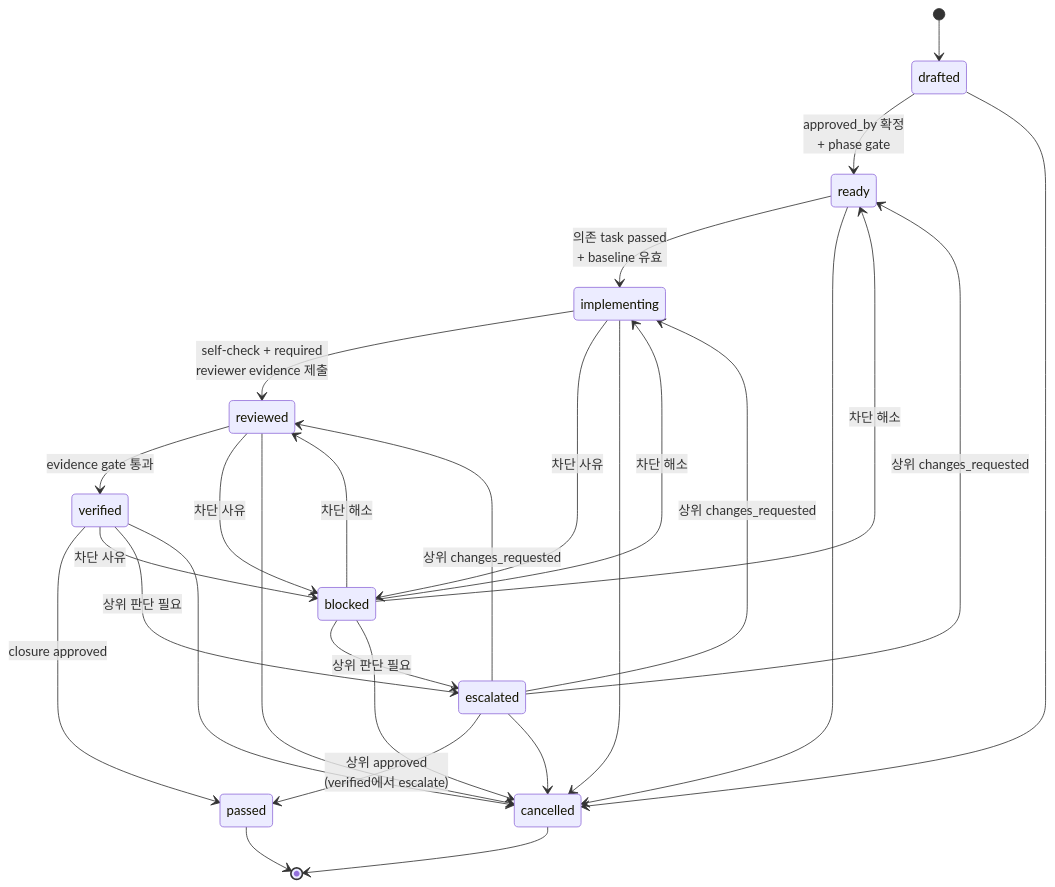
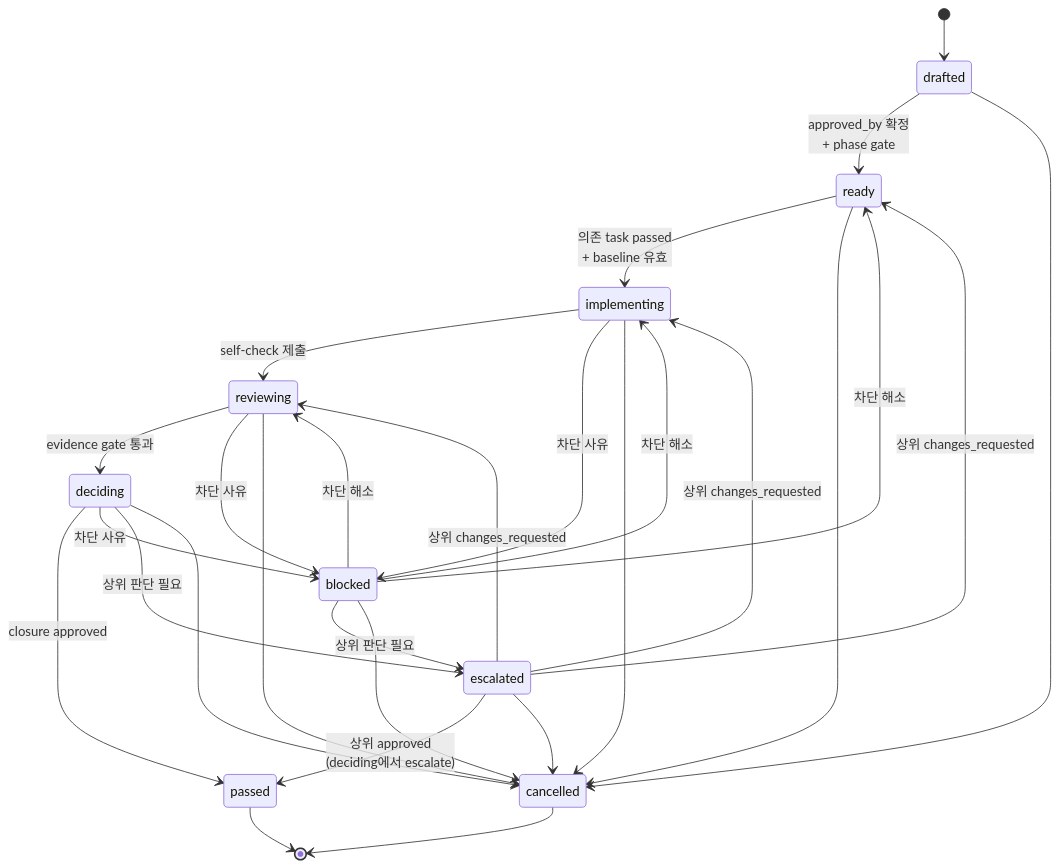
The third of 6 diagrams in docs/ko/DIAGRAMS.md (choam2426/geas), drawn with Mermaid before and after one commit. The commit also changed other lines of this file and 44 other files, not shown here.

````diff
--- a/docs/ko/DIAGRAMS.md
+++ b/docs/ko/DIAGRAMS.md
@@ -92,34 +92,34 @@
 ```mermaid
 stateDiagram-v2
     [*] --> drafted
     drafted --> ready: approved_by 확정<br/>+ phase gate
     ready --> implementing: 의존 task passed<br/>+ baseline 유효
-    implementing --> reviewed: self-check + required<br/>reviewer evidence 제출
-    reviewed --> verified: evidence gate 통과
-    verified --> passed: closure approved
+    implementing --> reviewing: self-check 제출
+    reviewing --> deciding: evidence gate 통과
+    deciding --> passed: closure approved
 
     implementing --> blocked: 차단 사유
-    reviewed --> blocked: 차단 사유
-    verified --> blocked: 차단 사유
+    reviewing --> blocked: 차단 사유
+    deciding --> blocked: 차단 사유
     blocked --> ready: 차단 해소
     blocked --> implementing: 차단 해소
-    blocked --> reviewed: 차단 해소
+    blocked --> reviewing: 차단 해소
 
     blocked --> escalated: 상위 판단 필요
-    verified --> escalated: 상위 판단 필요
-    escalated --> passed: 상위 approved<br/>(verified에서 escalate)
+    deciding --> escalated: 상위 판단 필요
+    escalated --> passed: 상위 approved<br/>(deciding에서 escalate)
     escalated --> ready: 상위 changes_requested
     escalated --> implementing: 상위 changes_requested
-    escalated --> reviewed: 상위 changes_requested
+    escalated --> reviewing: 상위 changes_requested
 
     drafted --> cancelled
     ready --> cancelled
     implementing --> cancelled
-    reviewed --> cancelled
-    verified --> cancelled
+    reviewing --> cancelled
+    deciding --> cancelled
     blocked --> cancelled
     escalated --> cancelled
 
     passed --> [*]
     cancelled --> [*]
 ```
````
